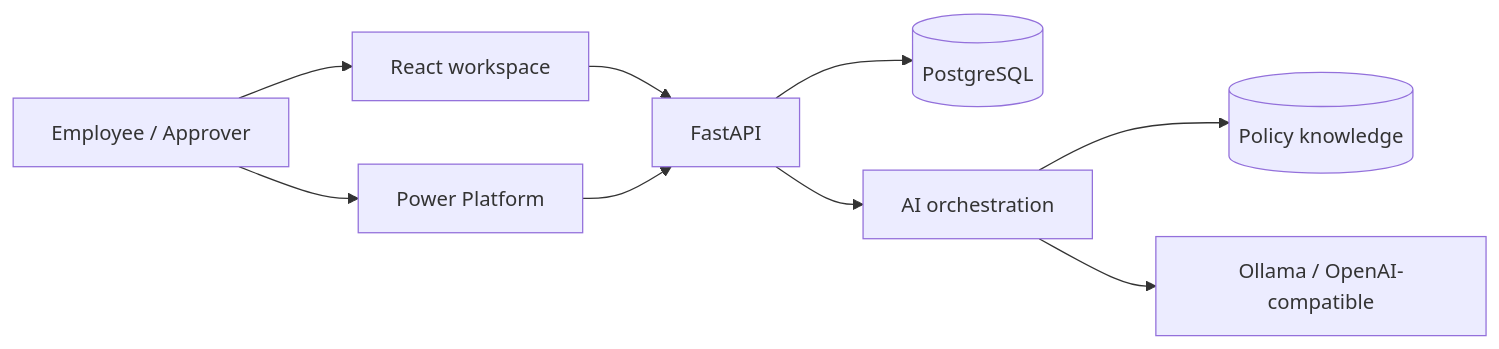
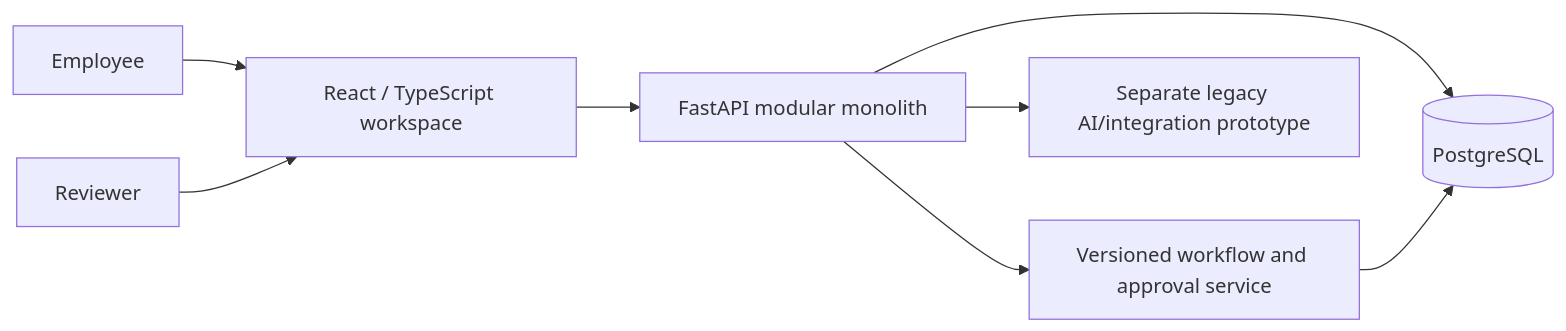
Before and after one commit to chanhuynguyen-ai/central-service-ai-automation: the diagram in README.md, drawn with Mermaid. The commit also changed other lines of this file and 7 other files, not shown here.

````diff
--- a/README.md
+++ b/README.md
@@ -51,11 +93,10 @@
 ```mermaid
 flowchart LR
-    U[Employee / Approver] --> R[React workspace]
-    U --> P[Power Platform]
-    R --> F[FastAPI]
-    P --> F
-    F --> D[(PostgreSQL)]
-    F --> A[AI orchestration]
-    A --> K[(Policy knowledge)]
-    A --> L[Ollama / OpenAI-compatible]
+    Employee --> UI[React / TypeScript workspace]
+    Reviewer --> UI
+    UI --> API[FastAPI modular monolith]
+    API --> DB[(PostgreSQL)]
+    API --> W[Versioned workflow and approval service]
+    W --> DB
+    API --> P[Separate legacy AI/integration prototype]
 ```
````
